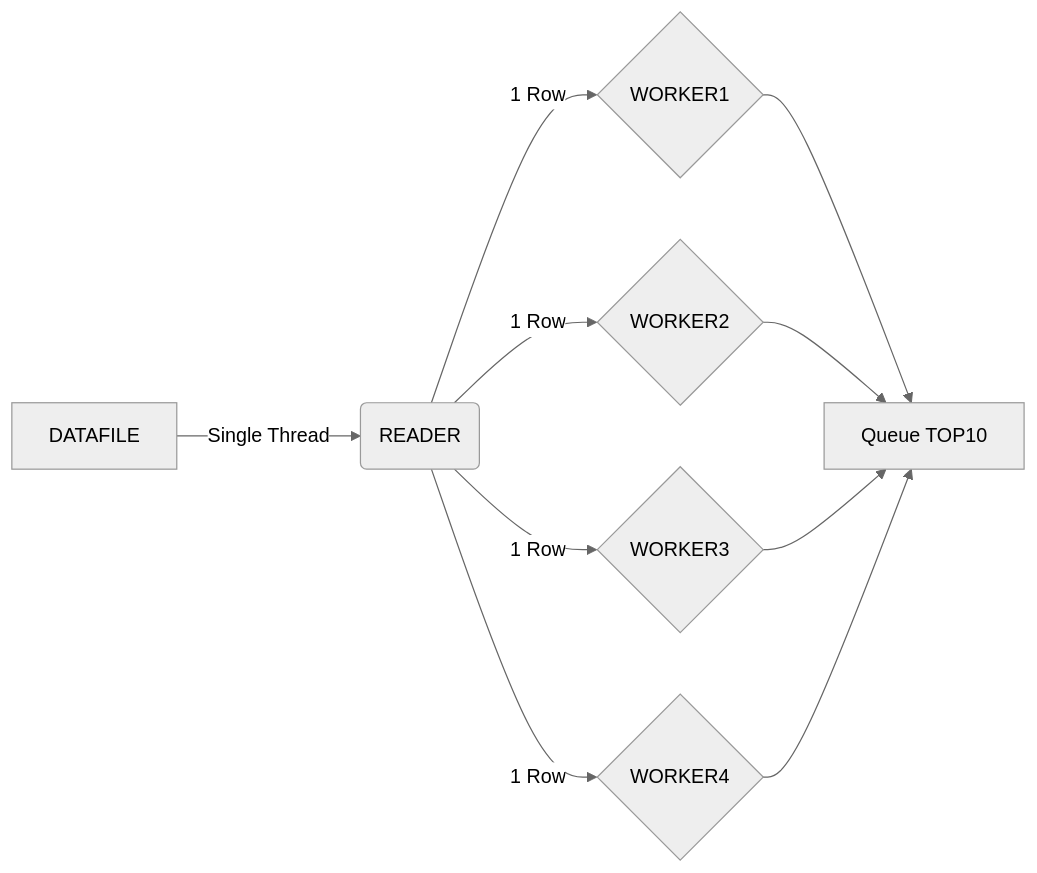
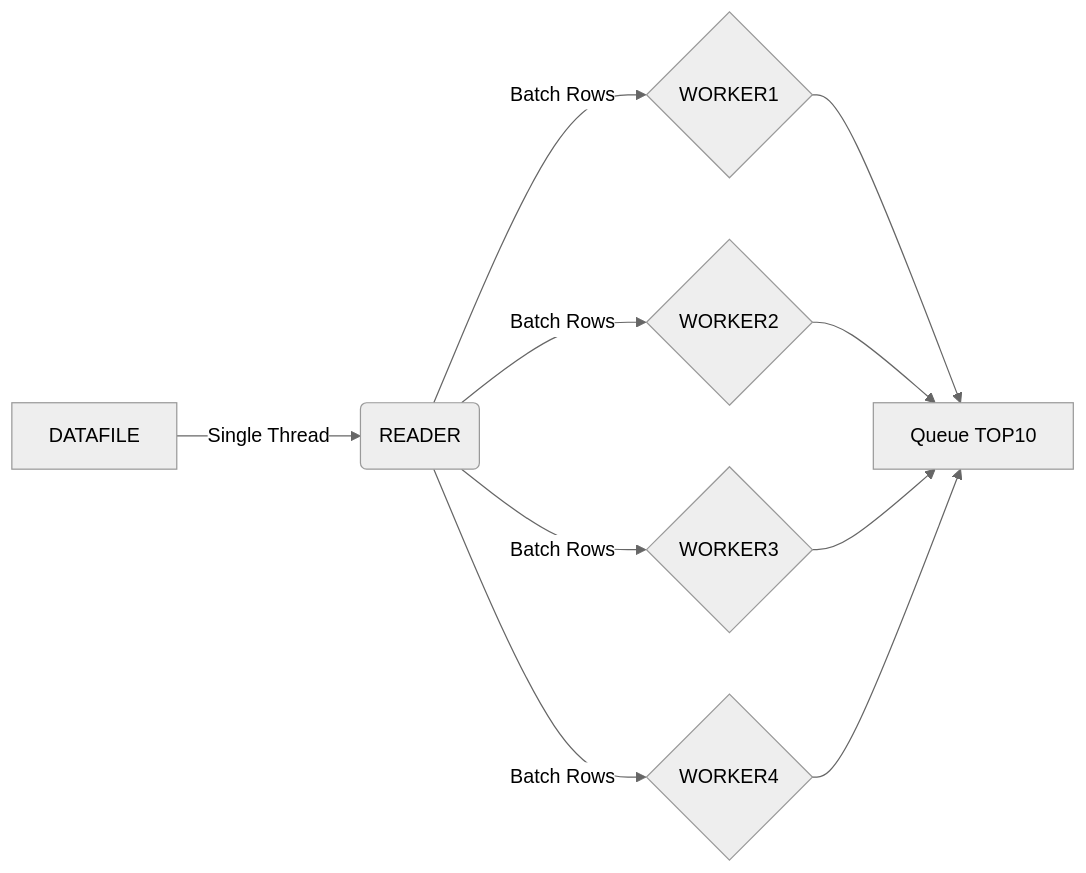
Before and after one commit to primeroz/myClickHouse: the diagram in README.md, drawn with Mermaid (neutral theme). The commit also changed other lines of this file, not shown here.

````diff
--- a/README.md
+++ b/README.md
@@ -7,12 +7,12 @@
 ```mermaid
 flowchart LR
     A[DATAFILE] -->|Single Thread| B(READER)
-    B -->|1 Row| C{WORKER1}
-    B -->|1 Row| D{WORKER2}
-    B -->|1 Row| E{WORKER3}
-    B -->|1 Row| F{WORKER4}
+    B -->|Batch Rows| C{WORKER1}
+    B -->|Batch Rows| D{WORKER2}
+    B -->|Batch Rows| E{WORKER3}
+    B -->|Batch Rows| F{WORKER4}
     C -->G[Queue TOP10]
     D -->G[Queue TOP10]
     E -->G[Queue TOP10]
     F -->G[Queue TOP10]
 ```
````
